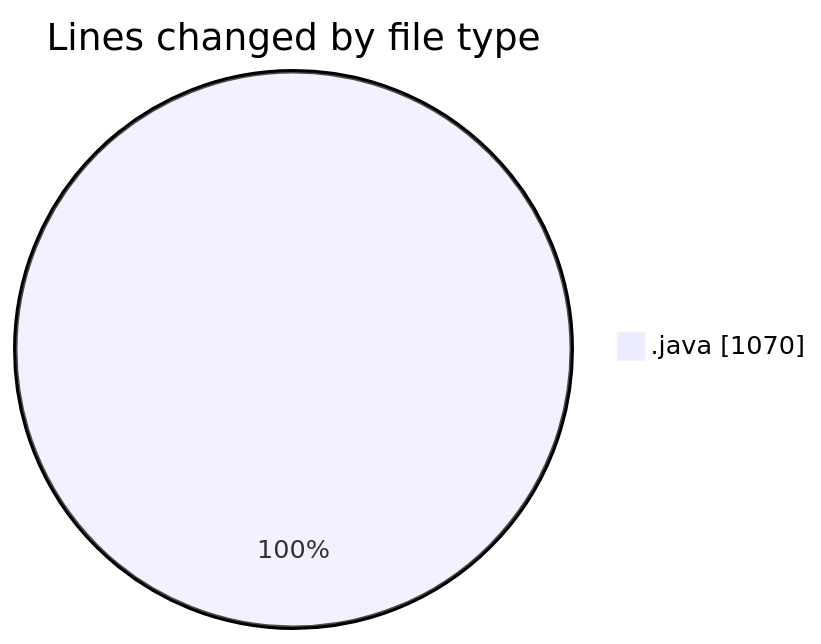
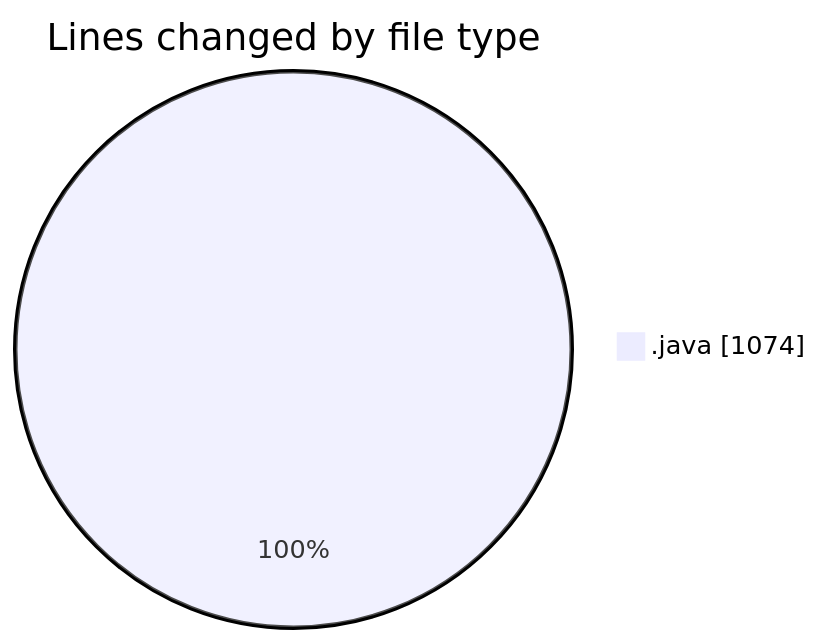
One commit to Elitesun/code-tracking changed the first of 2 diagrams in 2025-02-20/gymmanager/README.md. Above: the diagram before and after it, drawn with Mermaid. The commit also changed other lines of this file and 2 other files, not shown here.

````diff
--- a/2025-02-20/gymmanager/README.md
+++ b/2025-02-20/gymmanager/README.md
@@ -27,5 +27,5 @@
 ```mermaid
 pie showData
 title Lines changed by file type
-".java" : 1070
+".java" : 1074
 ```
````
